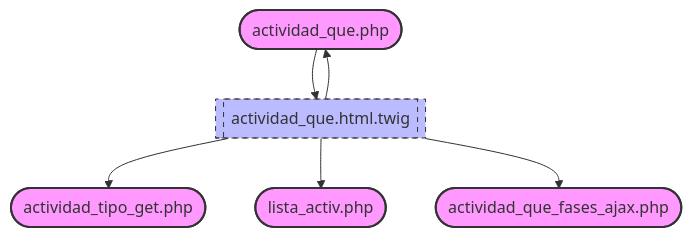
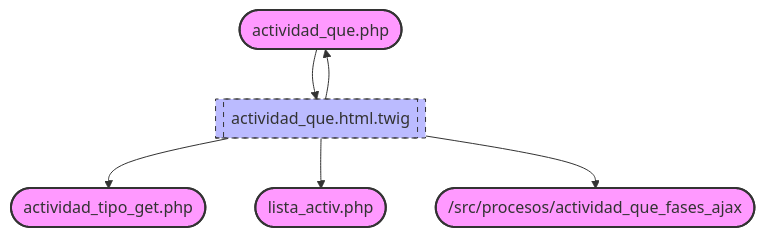
Before and after one commit to olvidio/orbix: the diagram in documentacion/Documentacion_Obix/actividades/mapa_actividad_que.md, drawn with Mermaid. The commit also changed 18 other files, not shown here.

First line of the commit message:
refactor(procesos slice 4): migra actividad_proceso + ajax + actividad_que_fases_ajax a frontend/src

````diff
--- a/documentacion/Documentacion_Obix/actividades/mapa_actividad_que.md
+++ b/documentacion/Documentacion_Obix/actividades/mapa_actividad_que.md
@@ -1,13 +1,13 @@
 ```mermaid
 flowchart TD
     %% Estils de nodes
     classDef controller fill:#f9f,stroke:#333,stroke-width:2px;
     classDef vista fill:#bbf,stroke:#333,stroke-width:1px,stroke-dasharray: 5 5;
     classDef error fill:#ff9999,stroke:#cc0000,stroke-width:2px;
 
     apps_actividades_controller_actividad_que_php(["actividad_que.php"]):::controller --> apps_actividades_view_actividad_que_html_twig[["actividad_que.html.twig"]]:::vista
     apps_actividades_view_actividad_que_html_twig --> apps_actividades_controller_actividad_tipo_get_php(["actividad_tipo_get.php"]):::controller
     apps_actividades_view_actividad_que_html_twig --> apps_actividades_controller_lista_activ_php(["lista_activ.php"]):::controller
     apps_actividades_view_actividad_que_html_twig --> apps_actividades_controller_actividad_que_php(["actividad_que.php"]):::controller
-    apps_actividades_view_actividad_que_html_twig --> apps_procesos_controller_actividad_que_fases_ajax_php(["actividad_que_fases_ajax.php"]):::controller
+    apps_actividades_view_actividad_que_html_twig --> src_procesos_actividad_que_fases_ajax(["/src/procesos/actividad_que_fases_ajax"]):::controller
 ```
````
